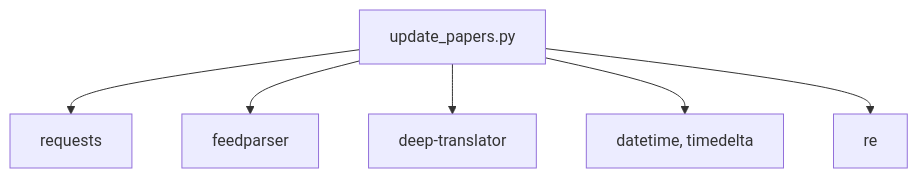
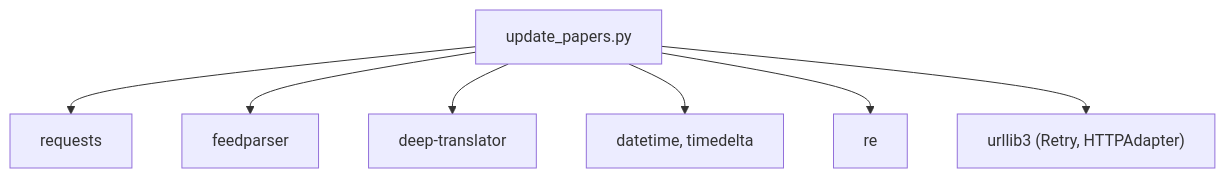
One commit to junxie01/cryoseismology_papers changed diagram 15 of 15 in .qoder/repowiki/en/content/Core Components/Paper Collection Engine.md. Above: the diagram before and after it, drawn with Mermaid. The commit also changed other lines of this file and 4 other files, not shown here.

````diff
--- a/.qoder/repowiki/en/content/Core Components/Paper Collection Engine.md
+++ b/.qoder/repowiki/en/content/Core Components/Paper Collection Engine.md
@@ -368,8 +431,9 @@
 ```mermaid
 graph TB
 UP["update_papers.py"] --> Requests["requests"]
 UP --> Feedparser["feedparser"]
 UP --> DT["deep-translator"]
 UP --> DateTime["datetime, timedelta"]
 UP --> Re["re"]
+UP --> URLLib3["urllib3 (Retry, HTTPAdapter)"]
 ```
````
